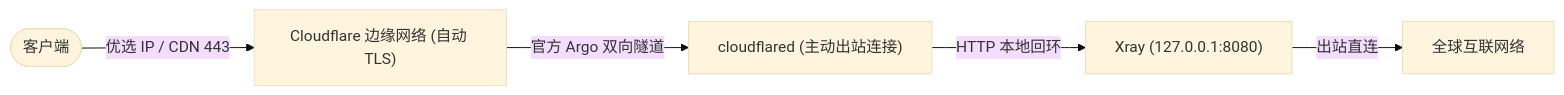
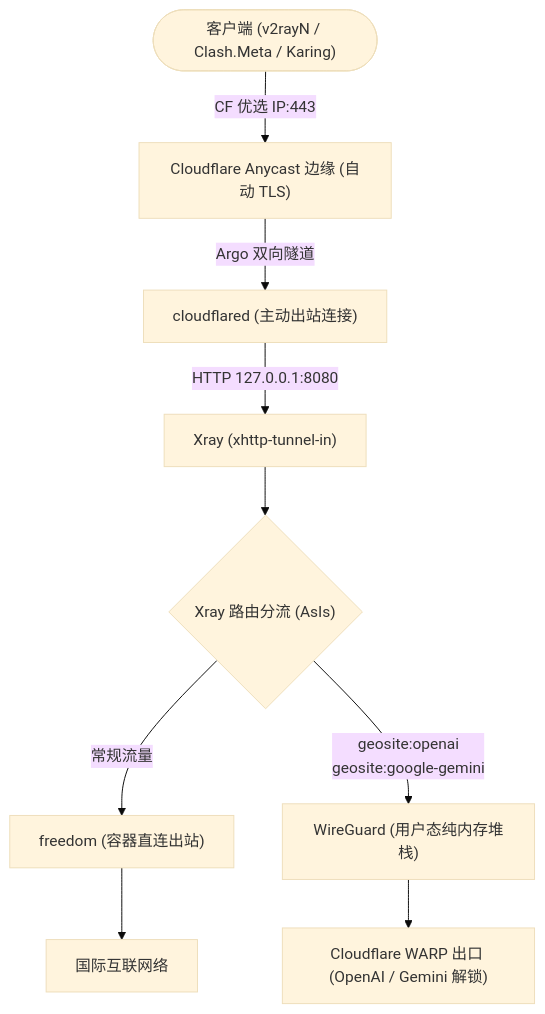
Before and after one commit to weiweibunan/xray-xhttp-warp: the second of 2 diagrams in README.md, drawn with Mermaid (base theme). The commit also changed other lines of this file and 3 other files, not shown here.

Commit message:
feat: add native WireGuard WARP AI traffic diversion to container tunnel mode

````diff
--- a/README.md
+++ b/README.md
@@ -53,7 +53,10 @@
 ```mermaid
-flowchart LR
-    Client(["客户端"]) -->|优选 IP / CDN 443| CFEdge["Cloudflare 边缘网络 (自动 TLS)"]
-    CFEdge -->|官方 Argo 双向隧道| CFTunnel["cloudflared (主动出站连接)"]
-    CFTunnel -->|HTTP 本地回环| XrayLocal["Xray (127.0.0.1:8080)"]
-    XrayLocal -->|出站直连| Internet["全球互联网络"]
+flowchart TD
+    Client(["客户端 (v2rayN / Clash.Meta / Karing)"]) -->|CF 优选 IP:443| CFEdge["Cloudflare Anycast 边缘 (自动 TLS)"]
+    CFEdge -->|Argo 双向隧道| CFTunnel["cloudflared (主动出站连接)"]
+    CFTunnel -->|HTTP 127.0.0.1:8080| Inbound["Xray (xhttp-tunnel-in)"]
+    
+    Inbound --> Router{"Xray 路由分流 (AsIs)"}
+    Router -->|常规流量| OutDirect["freedom (容器直连出站)"] --> TargetDirect["国际互联网络"]
+    Router -->|geosite:openai\ngeosite:google-gemini| OutWarp["WireGuard (用户态纯内存堆栈)"] --> TargetAI["Cloudflare WARP 出口 (OpenAI / Gemini 解锁)"]
 ```
````
